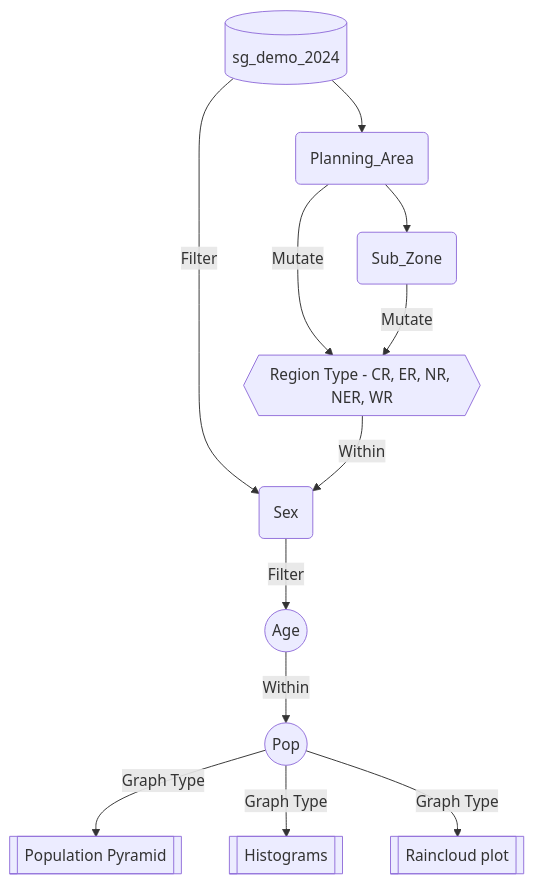
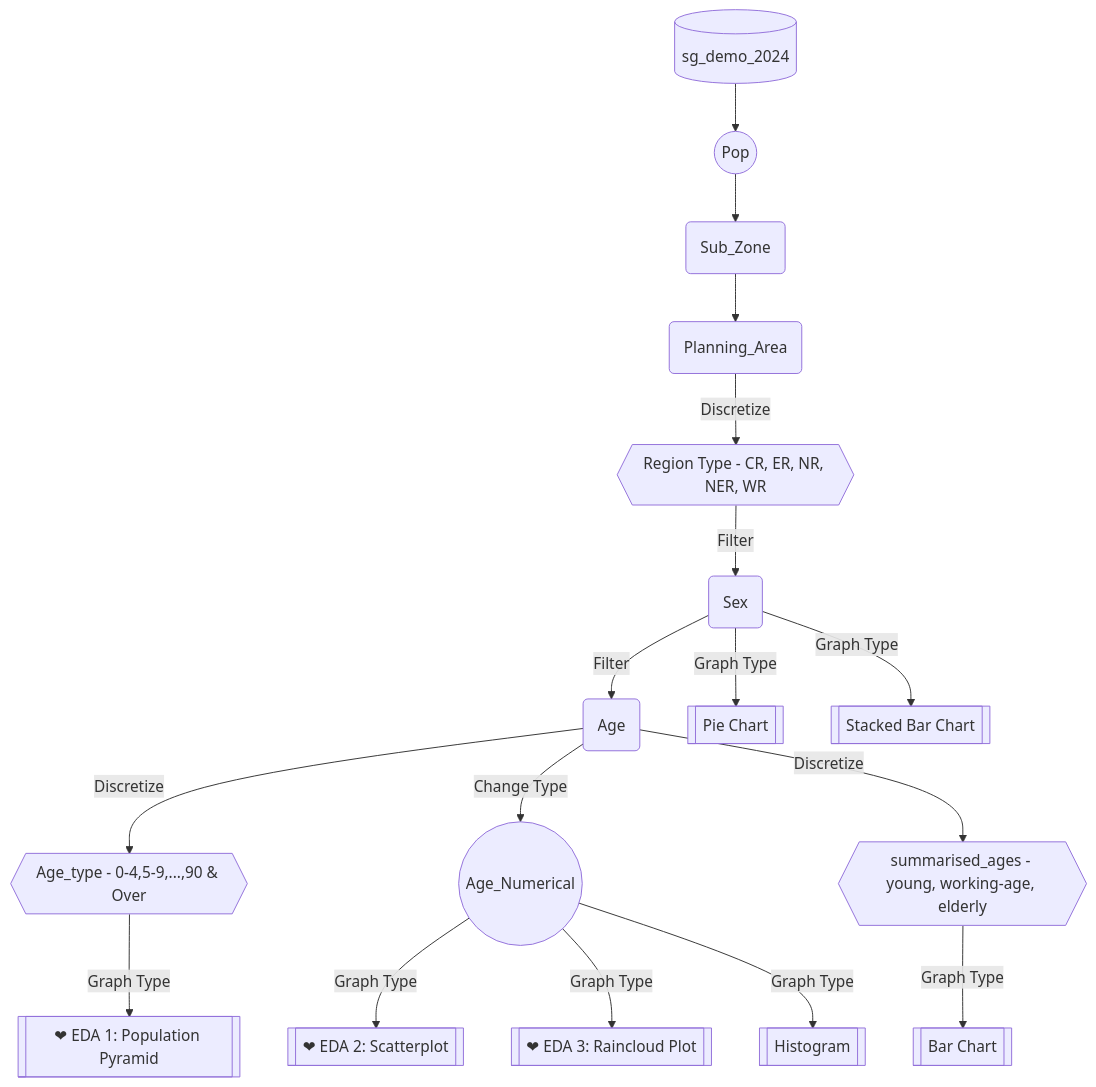
One commit to dreytwy/ISSS608-VAA changed the first of 2 diagrams in Take-home_Ex/Take-home_Ex01.qmd. Above: the diagram before and after it, drawn with Mermaid. The commit also changed other lines of this file and 64 other files, not shown here.

````diff
--- a/Take-home_Ex/Take-home_Ex01.qmd
+++ b/Take-home_Ex/Take-home_Ex01.qmd
@@ -158,18 +198,25 @@
 ```{mermaid}
-%%| echo: true
+%%| echo: false
 flowchart TD
-    id1[(sg_demo_2024)]-->|Filter|D(Sex)
-    id1[(sg_demo_2024)]-->F(Planning_Area)
-    
-    F(Planning_Area) --> G(Sub_Zone)
-    F -->|Mutate| id2{{Region Type - CR, ER, NR, NER, WR}}
-    G -->|Mutate| id2{{Region Type - CR, ER, NR, NER, WR}}
-    id2 -->|Within| D(Sex)
+    id1[(sg_demo_2024)]-->C((Pop))
+    C((Pop))-->G(Sub_Zone)
+    G(Sub_Zone)--> F(Planning_Area) 
 
-    D(Sex)--> |Filter| B((Age))
-    B((Age)) -->|Within| C((Pop))
+    F -->|Discretize| id2{{Region Type - CR, ER, NR, NER, WR}}
+    id2 -->|Filter| D(Sex)
+    D(Sex)--> |Filter| B(Age)
 
-    C((Pop))--> |Graph Type|A[[Population Pyramid]]
-    C((Pop))-->|Graph Type|J[[Histograms]] 
-    C((Pop))-->|Graph Type|K[[Raincloud plot]] 
+    D(Sex)--> |Graph Type|L[[Pie Chart]]
+    D(Sex)--> |Graph Type|N[[Stacked Bar Chart]]
+
+    B(Age) -->|Discretize| id4{{Age_type - 0-4,5-9,...,90 & Over}}
+    B(Age) -->|Change Type| H((Age_Numerical))
+    B(Age) -->|Discretize| id3{{summarised_ages - young, working-age, elderly}}
+
+    id3--> |Graph Type|M[[Bar Chart]]
+    id4--> |Graph Type|A[[❤ EDA 1: Population Pyramid]]
+   
+    H((Age_Numerical))-->|Graph Type|J[[❤ EDA 2: Scatterplot]] 
+    H((Age_Numerical))-->|Graph Type|K[[❤ EDA 3: Raincloud Plot]] 
+    H((Age_Numerical))-->|Graph Type|O[[Histogram]] 
 ```
````
